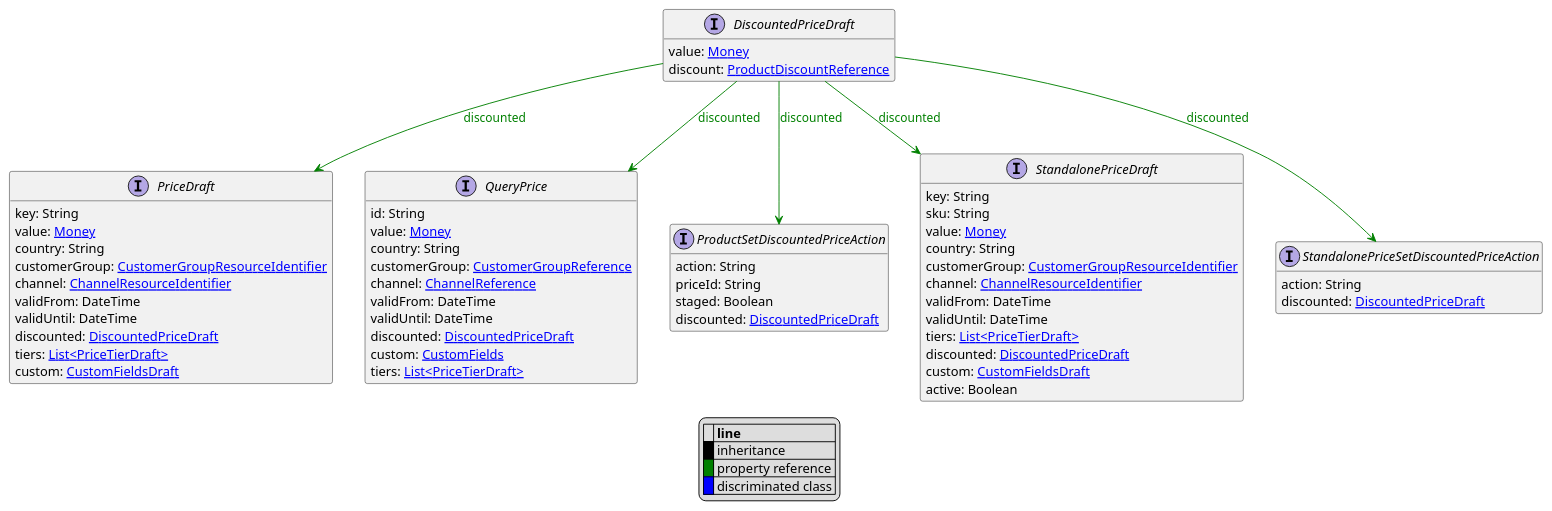
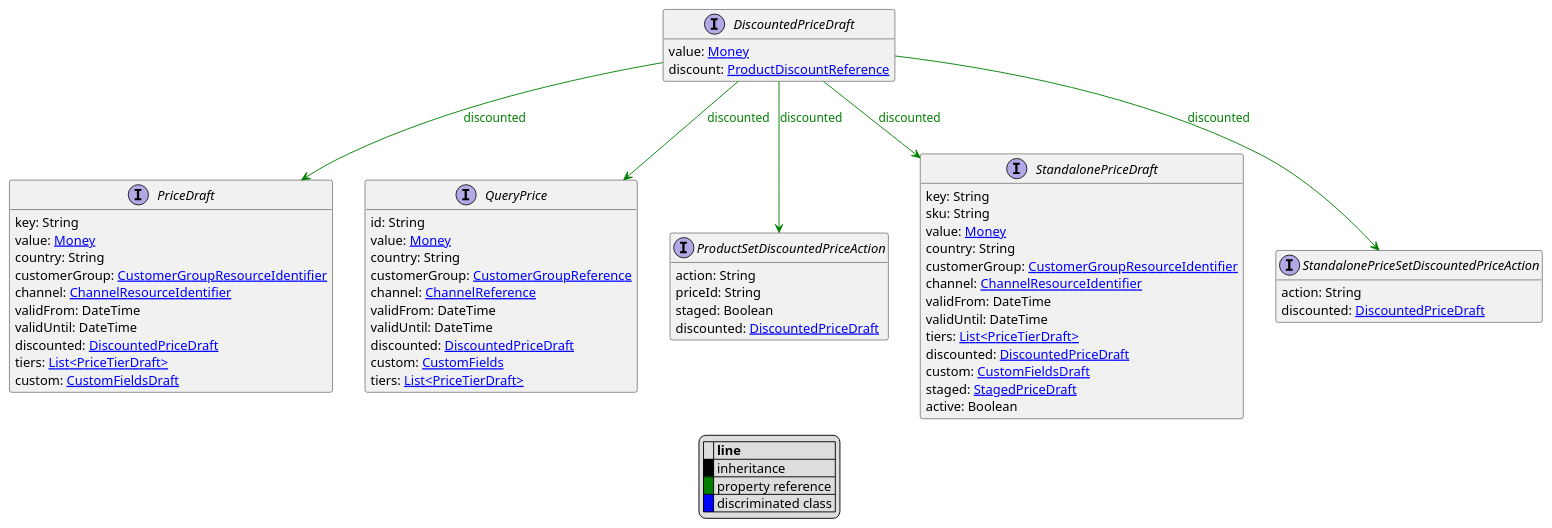
Before and after one commit to commercetools/commercetools-api-reference: the diagram in uml/api/DiscountedPriceDraft.puml, drawn with PlantUML. The commit also changed 33 other files, not shown here.

```diff
--- a/uml/api/DiscountedPriceDraft.puml
+++ b/uml/api/DiscountedPriceDraft.puml
@@ -1,72 +1,73 @@
 @startuml
 
 hide empty fields
 hide empty methods
 legend
 |= |= line |
 |<back:black>   </back>| inheritance |
 |<back:green>   </back>| property reference |
 |<back:blue>   </back>| discriminated class |
 endlegend
 interface DiscountedPriceDraft [[DiscountedPriceDraft.svg]]  {
     value: [[Money.svg Money]]
     discount: [[ProductDiscountReference.svg ProductDiscountReference]]
 }
 
 
 
 interface PriceDraft [[PriceDraft.svg]]  {
     key: String
     value: [[Money.svg Money]]
     country: String
     customerGroup: [[CustomerGroupResourceIdentifier.svg CustomerGroupResourceIdentifier]]
     channel: [[ChannelResourceIdentifier.svg ChannelResourceIdentifier]]
     validFrom: DateTime
     validUntil: DateTime
     discounted: [[DiscountedPriceDraft.svg DiscountedPriceDraft]]
     tiers: [[PriceTierDraft.svg List<PriceTierDraft>]]
     custom: [[CustomFieldsDraft.svg CustomFieldsDraft]]
 }
 interface QueryPrice [[QueryPrice.svg]]  {
     id: String
     value: [[Money.svg Money]]
     country: String
     customerGroup: [[CustomerGroupReference.svg CustomerGroupReference]]
     channel: [[ChannelReference.svg ChannelReference]]
     validFrom: DateTime
     validUntil: DateTime
     discounted: [[DiscountedPriceDraft.svg DiscountedPriceDraft]]
     custom: [[CustomFields.svg CustomFields]]
     tiers: [[PriceTierDraft.svg List<PriceTierDraft>]]
 }
 interface ProductSetDiscountedPriceAction [[ProductSetDiscountedPriceAction.svg]]  {
     action: String
     priceId: String
     staged: Boolean
     discounted: [[DiscountedPriceDraft.svg DiscountedPriceDraft]]
 }
 interface StandalonePriceDraft [[StandalonePriceDraft.svg]]  {
     key: String
     sku: String
     value: [[Money.svg Money]]
     country: String
     customerGroup: [[CustomerGroupResourceIdentifier.svg CustomerGroupResourceIdentifier]]
     channel: [[ChannelResourceIdentifier.svg ChannelResourceIdentifier]]
     validFrom: DateTime
     validUntil: DateTime
     tiers: [[PriceTierDraft.svg List<PriceTierDraft>]]
     discounted: [[DiscountedPriceDraft.svg DiscountedPriceDraft]]
     custom: [[CustomFieldsDraft.svg CustomFieldsDraft]]
+    staged: [[StagedPriceDraft.svg StagedPriceDraft]]
     active: Boolean
 }
 interface StandalonePriceSetDiscountedPriceAction [[StandalonePriceSetDiscountedPriceAction.svg]]  {
     action: String
     discounted: [[DiscountedPriceDraft.svg DiscountedPriceDraft]]
 }
 
 DiscountedPriceDraft --> PriceDraft #green;text:green : "discounted"
 DiscountedPriceDraft --> QueryPrice #green;text:green : "discounted"
 DiscountedPriceDraft --> ProductSetDiscountedPriceAction #green;text:green : "discounted"
 DiscountedPriceDraft --> StandalonePriceDraft #green;text:green : "discounted"
 DiscountedPriceDraft --> StandalonePriceSetDiscountedPriceAction #green;text:green : "discounted"
 @enduml
```
